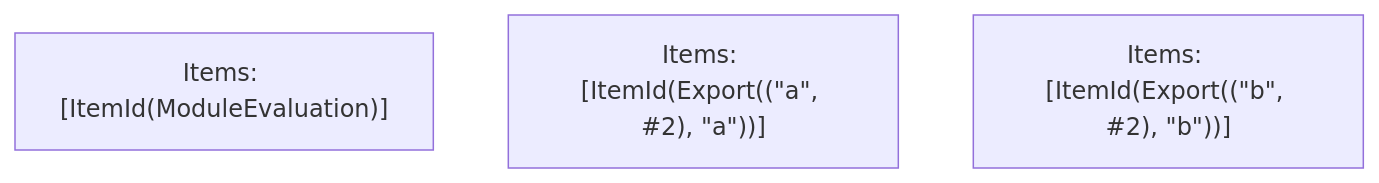
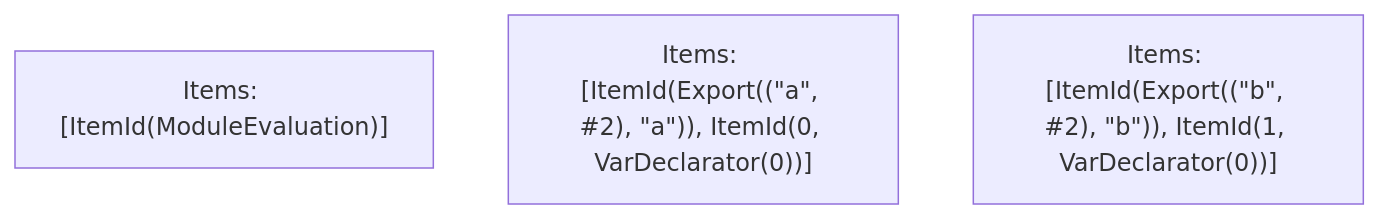
Before and after one commit to vercel/turborepo: the fifth of 5 diagrams in crates/turbopack-ecmascript/tests/tree-shaker/analyzer/simple-vars-1/output.md, drawn with Mermaid. The commit also changed other lines of this file and 20 other files, not shown here.

````diff
--- a/crates/turbopack-ecmascript/tests/tree-shaker/analyzer/simple-vars-1/output.md
+++ b/crates/turbopack-ecmascript/tests/tree-shaker/analyzer/simple-vars-1/output.md
@@ -80,6 +76,6 @@
 ```mermaid
 graph TD
     N0["Items: [ItemId(ModuleEvaluation)]"];
-    N1["Items: [ItemId(Export((&quot;a&quot;, #2), &quot;a&quot;))]"];
-    N2["Items: [ItemId(Export((&quot;b&quot;, #2), &quot;b&quot;))]"];
+    N1["Items: [ItemId(Export((&quot;a&quot;, #2), &quot;a&quot;)), ItemId(0, VarDeclarator(0))]"];
+    N2["Items: [ItemId(Export((&quot;b&quot;, #2), &quot;b&quot;)), ItemId(1, VarDeclarator(0))]"];
 ```
````
